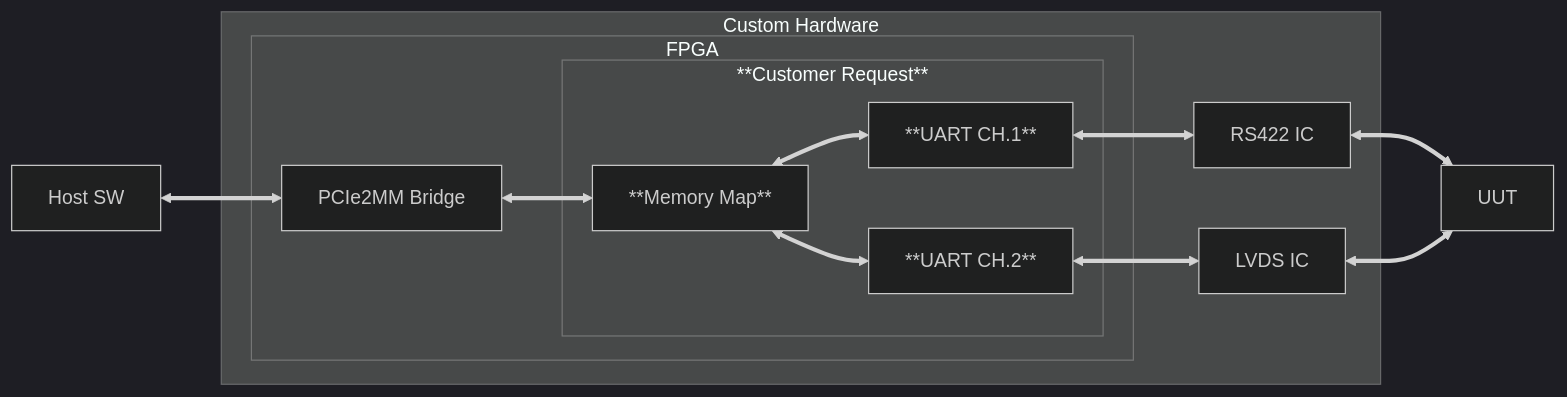
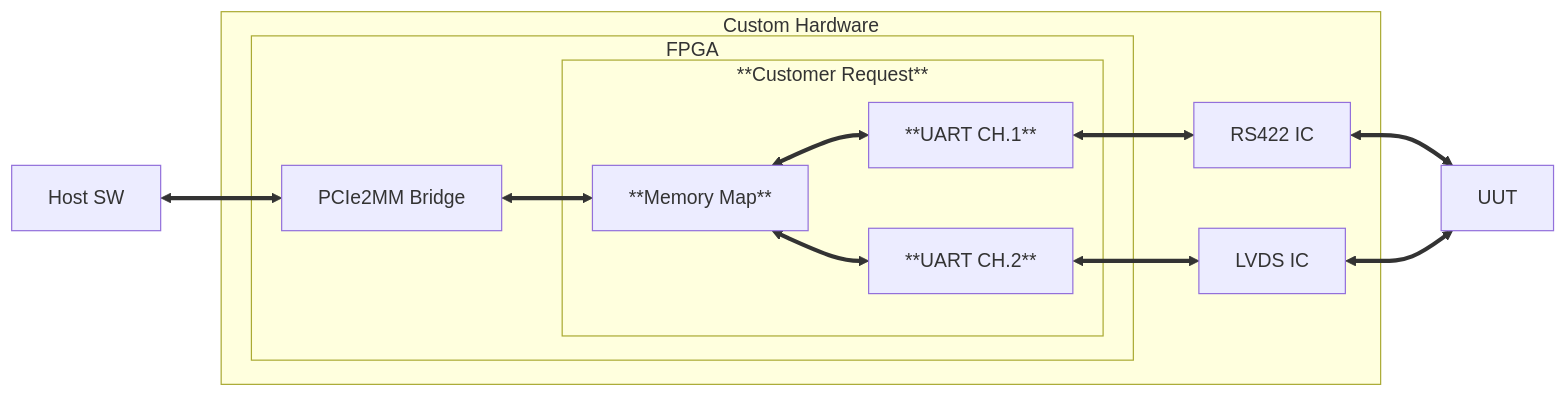
The diagram in docs/source/project/scope_of_work.rst (roajonny/common), drawn with Mermaid before and after one commit. The commit also changed other lines of this file and 5 other files, not shown here.

```diff
--- a/docs/source/project/scope_of_work.rst
+++ b/docs/source/project/scope_of_work.rst
@@ -25,18 +26,17 @@
 .. mermaid::
 
-   %%{init: {'theme':'dark'}}%%
    flowchart LR
        host[Host SW] <==> a[PCIe2MM Bridge]
        subgraph Custom Hardware
            subgraph FPGA
                a[PCIe2MM Bridge] <==> b[**Memory Map**]
                subgraph **Customer Request**
                    b[**Memory Map**] <==> c[**UART CH.1**]
                    b[**Memory Map**] <==> d[**UART CH.2**]
                end
            end
        c[**UART CH.1**] <==> e[UUT]
        d[**UART CH.2**] <==> f[UUT]
        end
    e[RS422 IC] <==> g[UUT]
    f[LVDS IC]  <==> g[UUT]
```
